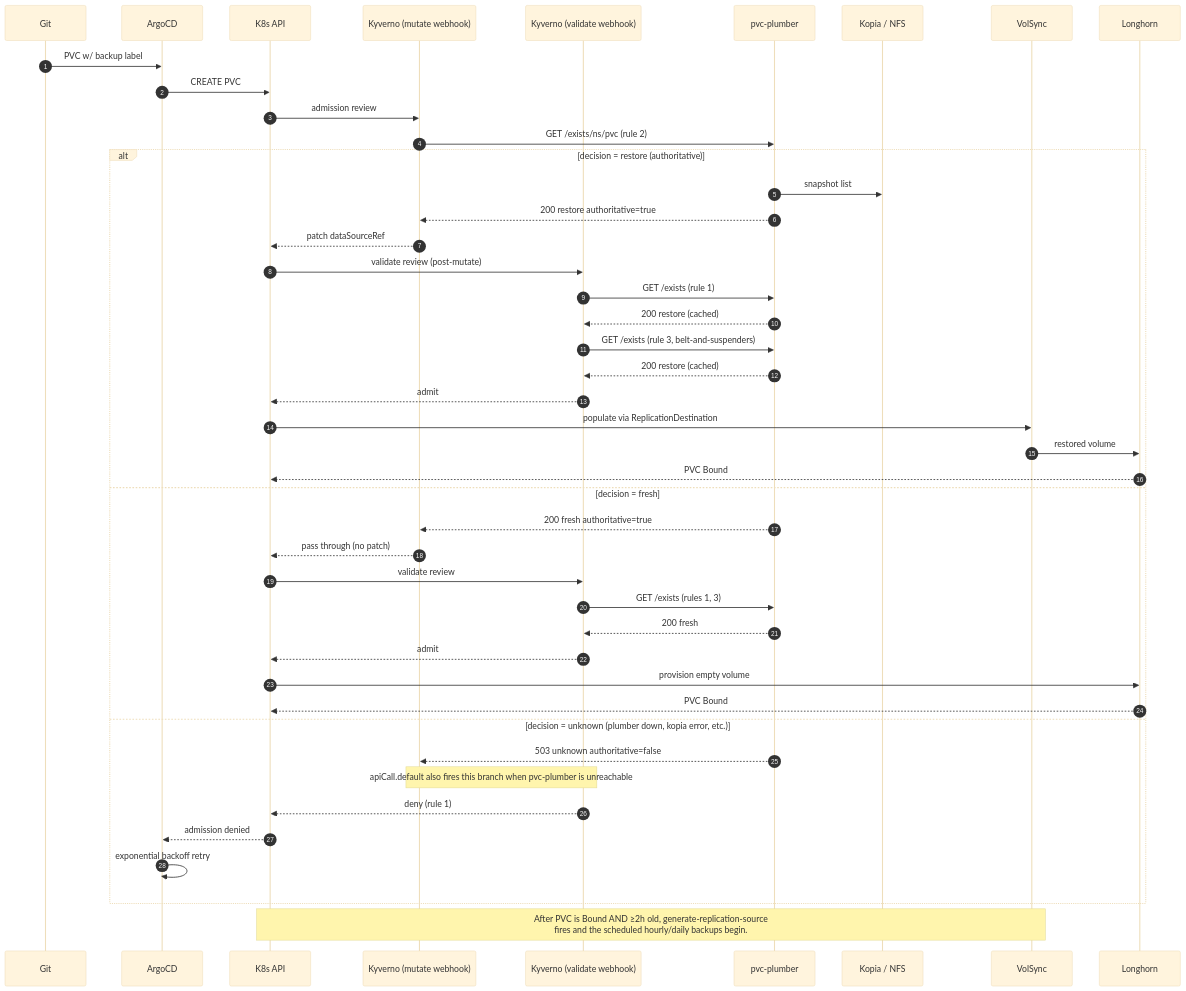
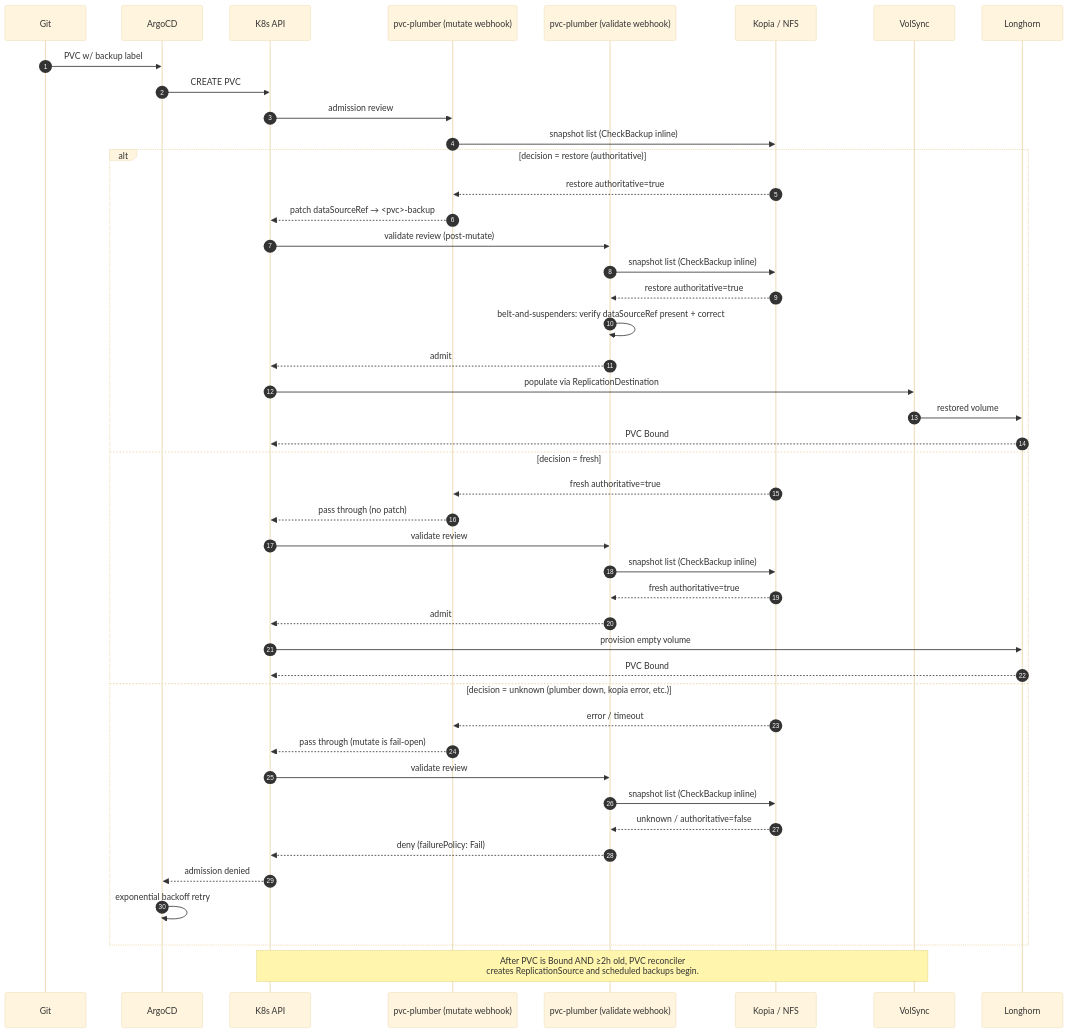
One commit to mitchross/talos-argocd-proxmox changed the fifth of 6 diagrams in docs/volsync-storage-recovery.md. Above: the diagram before and after it, drawn with Mermaid (base theme). The commit also changed other lines of this file and 3 other files, not shown here.

````diff
--- a/docs/volsync-storage-recovery.md
+++ b/docs/volsync-storage-recovery.md
@@ -417,50 +409,50 @@
 ```mermaid
 sequenceDiagram
     autonumber
     participant Git
     participant Argo as ArgoCD
     participant API as K8s API
-    participant Mut as Kyverno (mutate webhook)
-    participant Val as Kyverno (validate webhook)
-    participant Pl as pvc-plumber
+    participant Mut as pvc-plumber (mutate webhook)
+    participant Val as pvc-plumber (validate webhook)
     participant Kopia as Kopia / NFS
     participant VS as VolSync
     participant LH as Longhorn
 
     Git->>Argo: PVC w/ backup label
     Argo->>API: CREATE PVC
     API->>Mut: admission review
-    Mut->>Pl: GET /exists/ns/pvc  (rule 2)
+    Mut->>Kopia: snapshot list (CheckBackup inline)
 
     alt decision = restore (authoritative)
-        Pl->>Kopia: snapshot list
-        Pl-->>Mut: 200 restore authoritative=true
-        Mut-->>API: patch dataSourceRef
+        Kopia-->>Mut: restore authoritative=true
+        Mut-->>API: patch dataSourceRef → <pvc>-backup
         API->>Val: validate review (post-mutate)
-        Val->>Pl: GET /exists  (rule 1)
-        Pl-->>Val: 200 restore (cached)
-        Val->>Pl: GET /exists  (rule 3, belt-and-suspenders)
-        Pl-->>Val: 200 restore (cached)
+        Val->>Kopia: snapshot list (CheckBackup inline)
+        Kopia-->>Val: restore authoritative=true
+        Val->>Val: belt-and-suspenders: verify dataSourceRef present + correct
         Val-->>API: admit
         API->>VS: populate via ReplicationDestination
         VS->>LH: restored volume
         LH-->>API: PVC Bound
     else decision = fresh
-        Pl-->>Mut: 200 fresh authoritative=true
+        Kopia-->>Mut: fresh authoritative=true
         Mut-->>API: pass through (no patch)
         API->>Val: validate review
-        Val->>Pl: GET /exists  (rules 1, 3)
-        Pl-->>Val: 200 fresh
+        Val->>Kopia: snapshot list (CheckBackup inline)
+        Kopia-->>Val: fresh authoritative=true
         Val-->>API: admit
         API->>LH: provision empty volume
         LH-->>API: PVC Bound
     else decision = unknown  (plumber down, kopia error, etc.)
-        Pl-->>Mut: 503 unknown authoritative=false
-        Note over Mut,Val: apiCall.default also fires this branch when pvc-plumber is unreachable
-        Val-->>API: deny (rule 1)
+        Kopia-->>Mut: error / timeout
+        Mut-->>API: pass through (mutate is fail-open)
+        API->>Val: validate review
+        Val->>Kopia: snapshot list (CheckBackup inline)
+        Kopia-->>Val: unknown / authoritative=false
+        Val-->>API: deny (failurePolicy: Fail)
         API-->>Argo: admission denied
         Argo->>Argo: exponential backoff retry
     end
 
-    Note over API,VS: After PVC is Bound AND ≥2h old, generate-replication-source<br/>fires and the scheduled hourly/daily backups begin.
+    Note over API,VS: After PVC is Bound AND ≥2h old, PVC reconciler<br/>creates ReplicationSource and scheduled backups begin.
 ```
````
